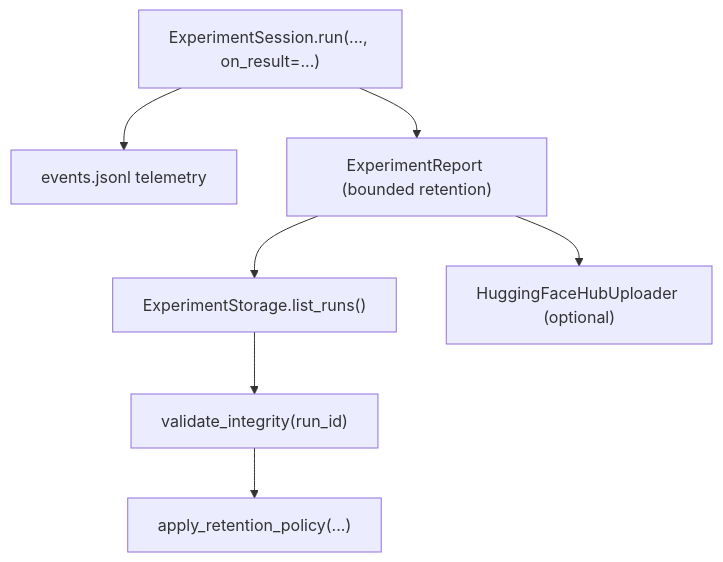
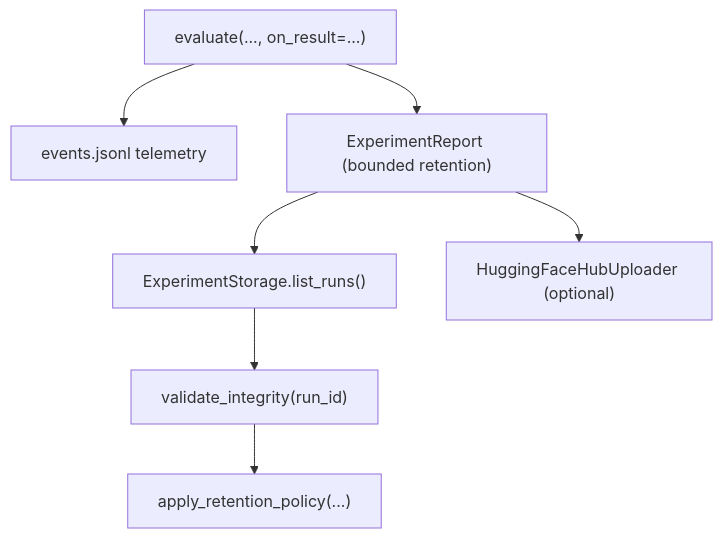
The eighth of 10 diagrams in docs/guides/countdown-tutorial.md (Pittawat2542/themis), drawn with Mermaid before and after one commit. The commit also changed other lines of this file and 9 other files, not shown here.

Commit message:
docs: modernize all docs to 1.2.0 evaluate() API, remove ExperimentSession/ExperimentSpec and examples-simple refs

````diff
--- a/docs/guides/countdown-tutorial.md
+++ b/docs/guides/countdown-tutorial.md
@@ -1345,9 +1352,9 @@
 ```mermaid
 flowchart TD
-    A["ExperimentSession.run(..., on_result=...)"] --> B["events.jsonl telemetry"]
+    A["evaluate(..., on_result=...)"] --> B["events.jsonl telemetry"]
     A --> C["ExperimentReport (bounded retention)"]
     C --> D["ExperimentStorage.list_runs()"]
     D --> E["validate_integrity(run_id)"]
     E --> F["apply_retention_policy(...)"]
     C --> G["HuggingFaceHubUploader (optional)"]
 ```
````
